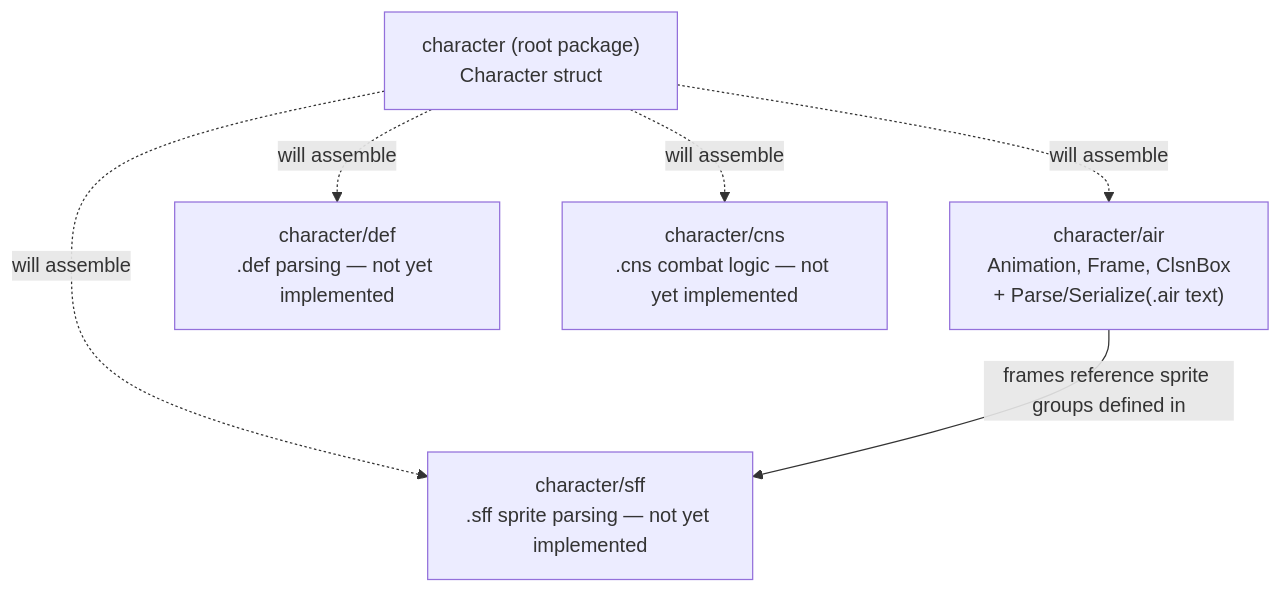
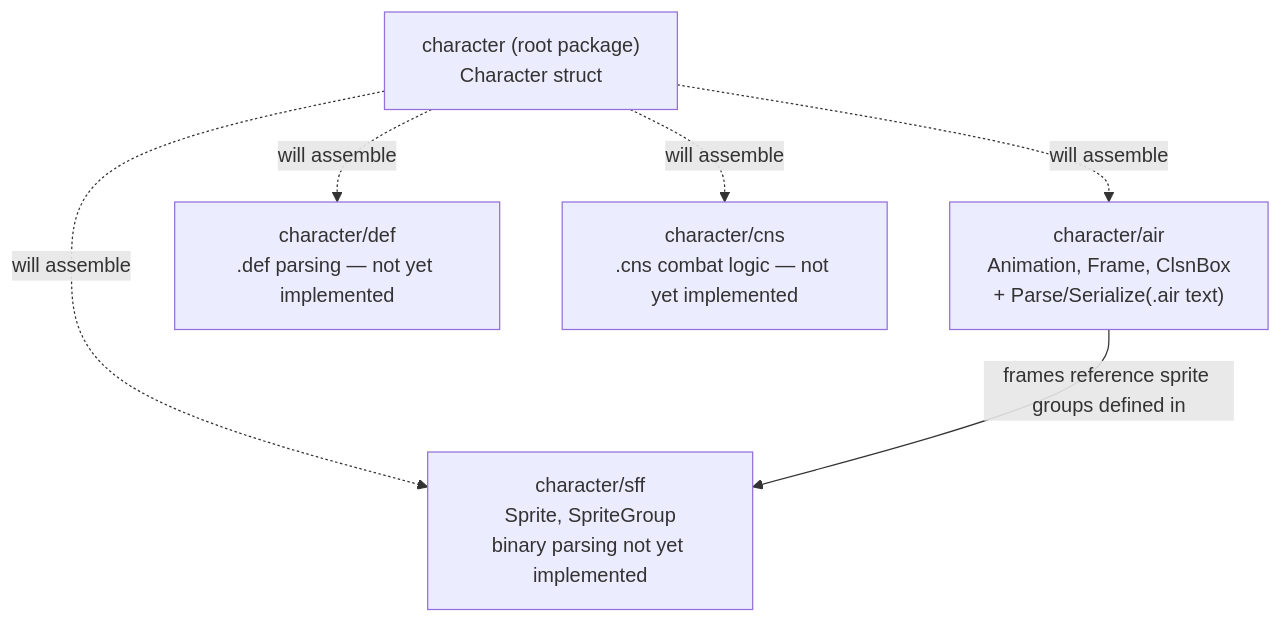
One commit to openkakutou/character changed the diagram in docs/architecture.md. Above: the diagram before and after it, drawn with Mermaid. The commit also changed other lines of this file and 11 other files, not shown here.

Commit message:
feat: define the sprite and sprite group data model that will represent a character's sprites once .sff file reading is implemented

````diff
--- a/docs/architecture.md
+++ b/docs/architecture.md
@@ -11,14 +11,14 @@
 ```mermaid
 graph TD
     root["character (root package)<br/>Character struct"]
     air["character/air<br/>Animation, Frame, ClsnBox<br/>+ Parse/Serialize(.air text)"]
     def["character/def<br/>.def parsing — not yet implemented"]
-    sff["character/sff<br/>.sff sprite parsing — not yet implemented"]
+    sff["character/sff<br/>Sprite, SpriteGroup<br/>binary parsing not yet implemented"]
     cns["character/cns<br/>.cns combat logic — not yet implemented"]
 
     root -.->|will assemble| air
     root -.->|will assemble| def
     root -.->|will assemble| sff
     root -.->|will assemble| cns
     air -->|frames reference sprite groups defined in| sff
 ```
````
